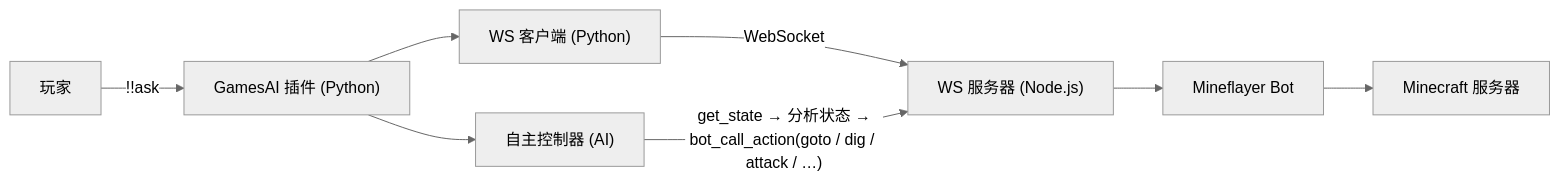
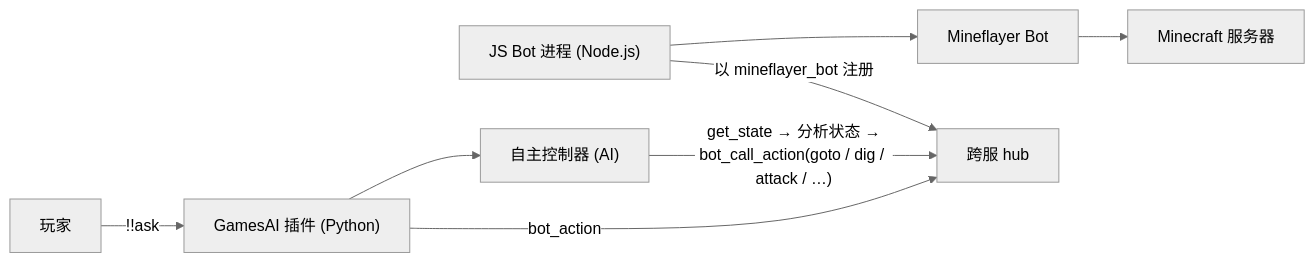
The diagram in docs/zh_cn/mineflayer-bot.md (PengZixuan30/Games_AI), drawn with Mermaid (neutral theme) before and after one commit. The commit also changed other lines of this file and 41 other files, not shown here.

````diff
--- a/docs/zh_cn/mineflayer-bot.md
+++ b/docs/zh_cn/mineflayer-bot.md
@@ -29,10 +29,10 @@
 ```mermaid
 flowchart LR
     A["玩家"] -->|"!!ask"| B["GamesAI 插件 (Python)"]
-    B --> C["WS 客户端 (Python)"]
-    C -->|"WebSocket"| D["WS 服务器 (Node.js)"]
-    D --> E["Mineflayer Bot"]
+    B -->|"bot_action"| D["跨服 hub"]
+    H["JS Bot 进程 (Node.js)"] -->|"以 mineflayer_bot 注册"| D
+    H --> E["Mineflayer Bot"]
     E --> F["Minecraft 服务器"]
     B --> G["自主控制器 (AI)"]
     G -->|"get_state → 分析状态 →<br/>bot_call_action(goto / dig / attack / …)"| D
 ```
````
